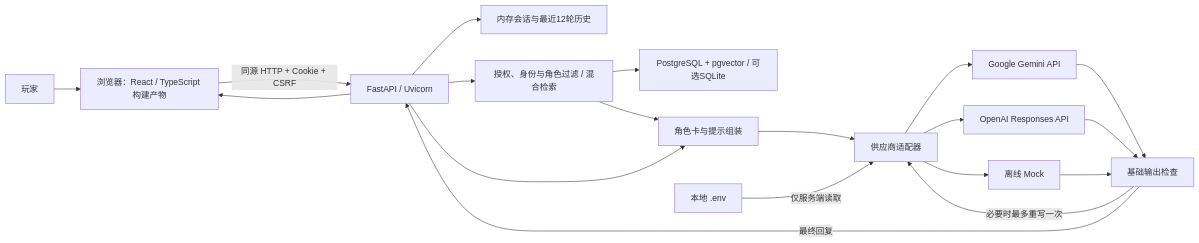
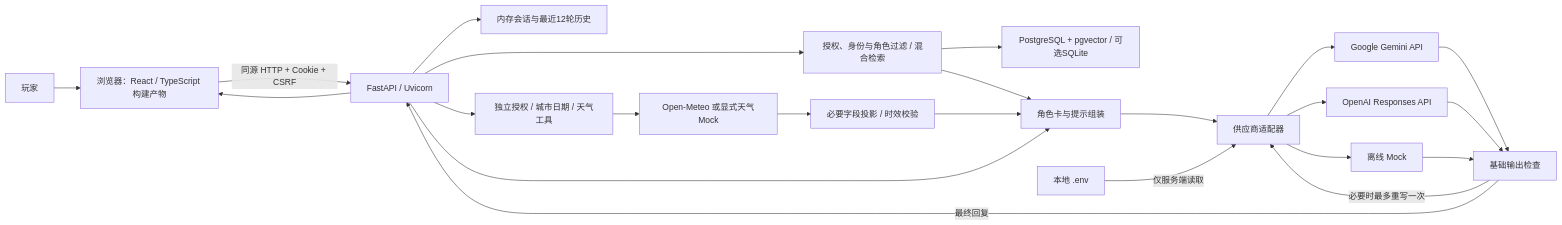
The first of 2 diagrams in docs/ARCHITECTURE.md (qiaoliamor/llm-rag), drawn with Mermaid before and after one commit. The commit also changed other lines of this file and 26 other files, not shown here.

````diff
--- a/docs/ARCHITECTURE.md
+++ b/docs/ARCHITECTURE.md
@@ -9,21 +9,25 @@
 ```mermaid
 flowchart LR
     U[玩家] --> B[浏览器：React / TypeScript 构建产物]
     B -->|同源 HTTP + Cookie + CSRF| A[FastAPI / Uvicorn]
     A --> S[内存会话与最近12轮历史]
     A --> R[授权、身份与角色过滤 / 混合检索]
     R --> DB[PostgreSQL + pgvector / 可选SQLite]
     R --> P
+    A --> W[独立授权 / 城市日期 / 天气工具]
+    W --> OM[Open-Meteo 或显式天气Mock]
+    OM --> WP[必要字段投影 / 时效校验]
+    WP --> P
     A --> P[角色卡与提示组装]
     P --> D[供应商适配器]
     E[本地 .env] -->|仅服务端读取| D
     D --> G[Google Gemini API]
     D --> O[OpenAI Responses API]
     D --> M[离线 Mock]
     G --> C[基础输出检查]
     O --> C
     M --> C
     C -->|必要时最多重写一次| D
     C -->|最终回复| A
     A --> B
 ```
````
